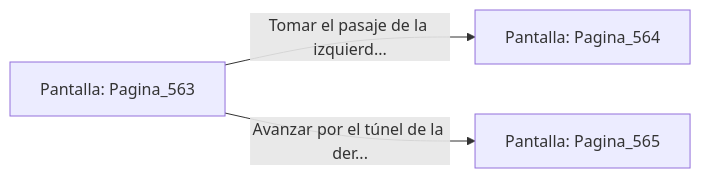
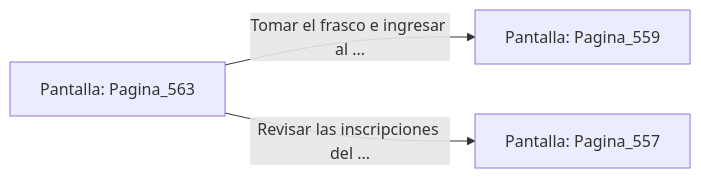
Before and after one commit to metsuke/mpl: the diagram in sample/eligejuego-vault/Pantalla_Pagina_563.md, drawn with Mermaid. The commit also changed other lines of this file and 635 other files, not shown here.

First line of the commit message:
fix: añadir Pagina_1 como pantalla inicial en capitulo_01.mpl

````diff
--- a/sample/eligejuego-vault/Pantalla_Pagina_563.md
+++ b/sample/eligejuego-vault/Pantalla_Pagina_563.md
@@ -20,6 +24,6 @@
 ```mermaid
 graph LR
     P_Pagina_563["Pantalla: Pagina_563"]
-    P_Pagina_563 -->|"Tomar el pasaje de la izquierd..."| P_Pagina_564["Pantalla: Pagina_564"]
-    P_Pagina_563 -->|"Avanzar por el túnel de la der..."| P_Pagina_565["Pantalla: Pagina_565"]
+    P_Pagina_563 -->|"Tomar el frasco e ingresar al ..."| P_Pagina_559["Pantalla: Pagina_559"]
+    P_Pagina_563 -->|"Revisar las inscripciones del ..."| P_Pagina_557["Pantalla: Pagina_557"]
 ```
````
